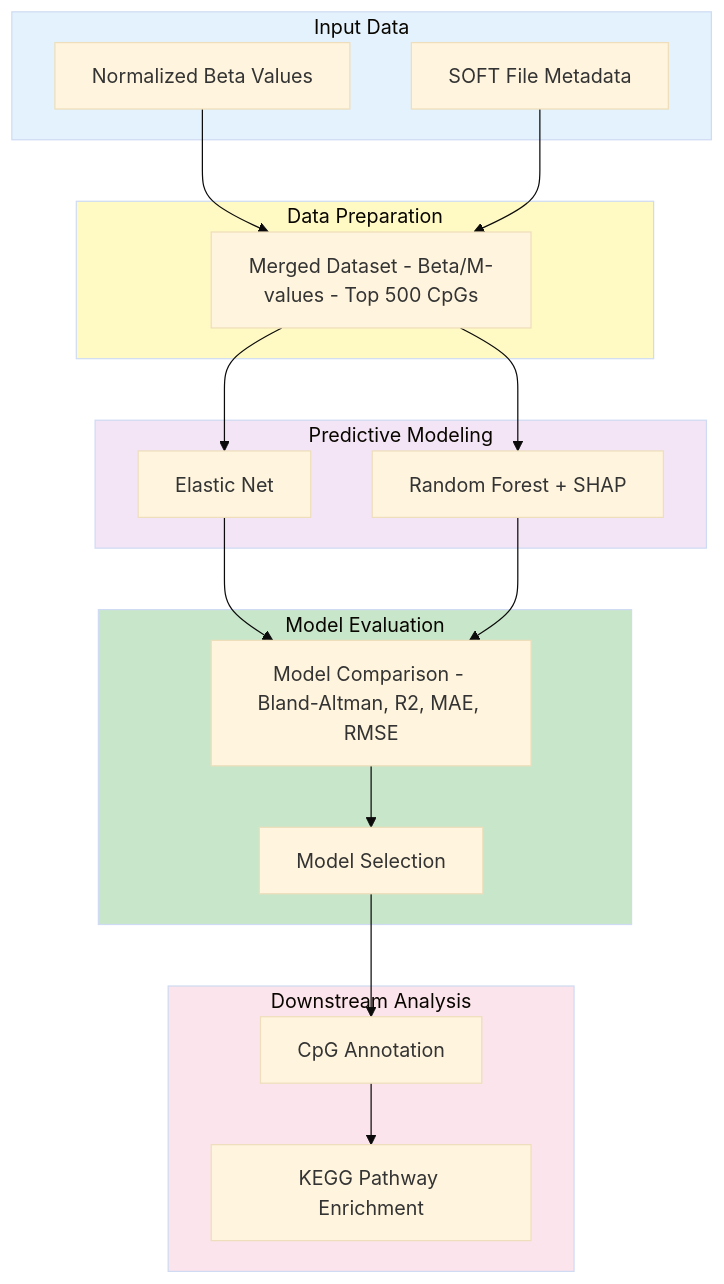
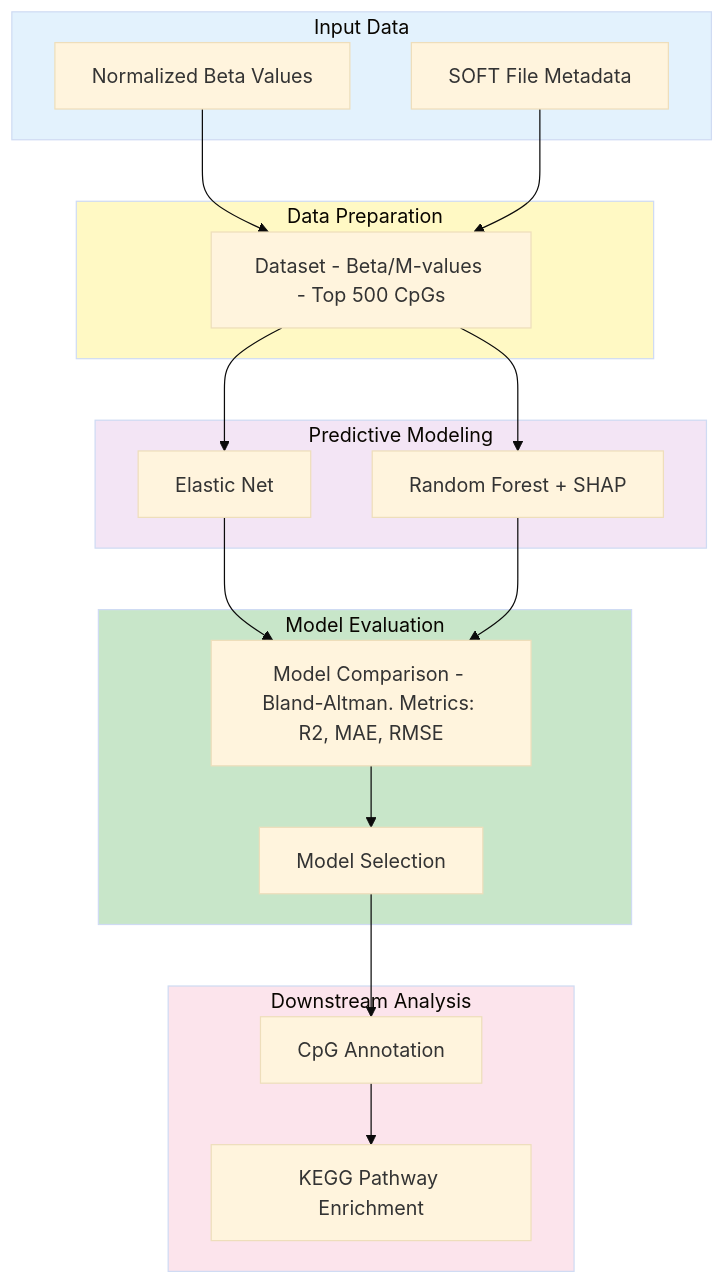
Before and after one commit to Magal88/BINF7700_Capstone_Eisik_Magali: the diagram in README.md, drawn with Mermaid (base theme).

Commit message:
Revise dataset and evaluation section titles
Updated section titles and descriptions in README.

````diff
--- a/README.md
+++ b/README.md
@@ -9,42 +9,42 @@
 ```mermaid
 flowchart TD
     subgraph Input ["Input Data"]
         A[Normalized Beta Values]
         B[SOFT File Metadata]
     end
 
     subgraph Prep ["Data Preparation"]
-        C[Merged Dataset - Beta/M-values - Top 500 CpGs]
+        C[Dataset - Beta/M-values - Top 500 CpGs]
     end
 
     subgraph Modeling ["Predictive Modeling"]
         D[Elastic Net]
         E[Random Forest + SHAP]
     end
 
     subgraph Evaluation ["Model Evaluation"]
-        F[Model Comparison - Bland-Altman, R2, MAE, RMSE]
+        F[Model Comparison - Bland-Altman. Metrics: R2, MAE, RMSE]
         G[Model Selection]
     end
 
     subgraph Analysis ["Downstream Analysis"]
         H[CpG Annotation]
         I[KEGG Pathway Enrichment]
     end
 
     A --> C
     B --> C
     C --> D
     C --> E
     D --> F
     E --> F
     F --> G
     G --> H
     H --> I
 
     style Input fill:#e3f2fd
     style Prep fill:#fff9c4
     style Modeling fill:#f3e5f5
     style Evaluation fill:#c8e6c9
     style Analysis fill:#fce4ec
 ```
````
